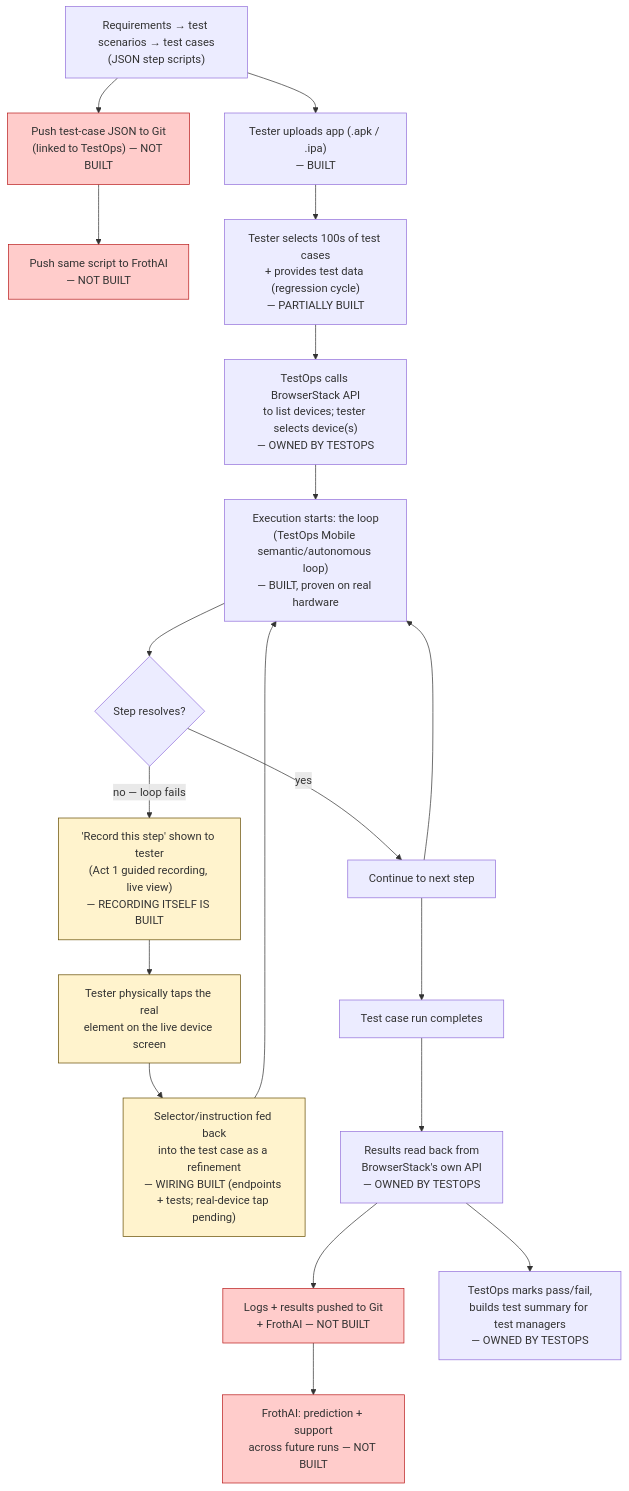
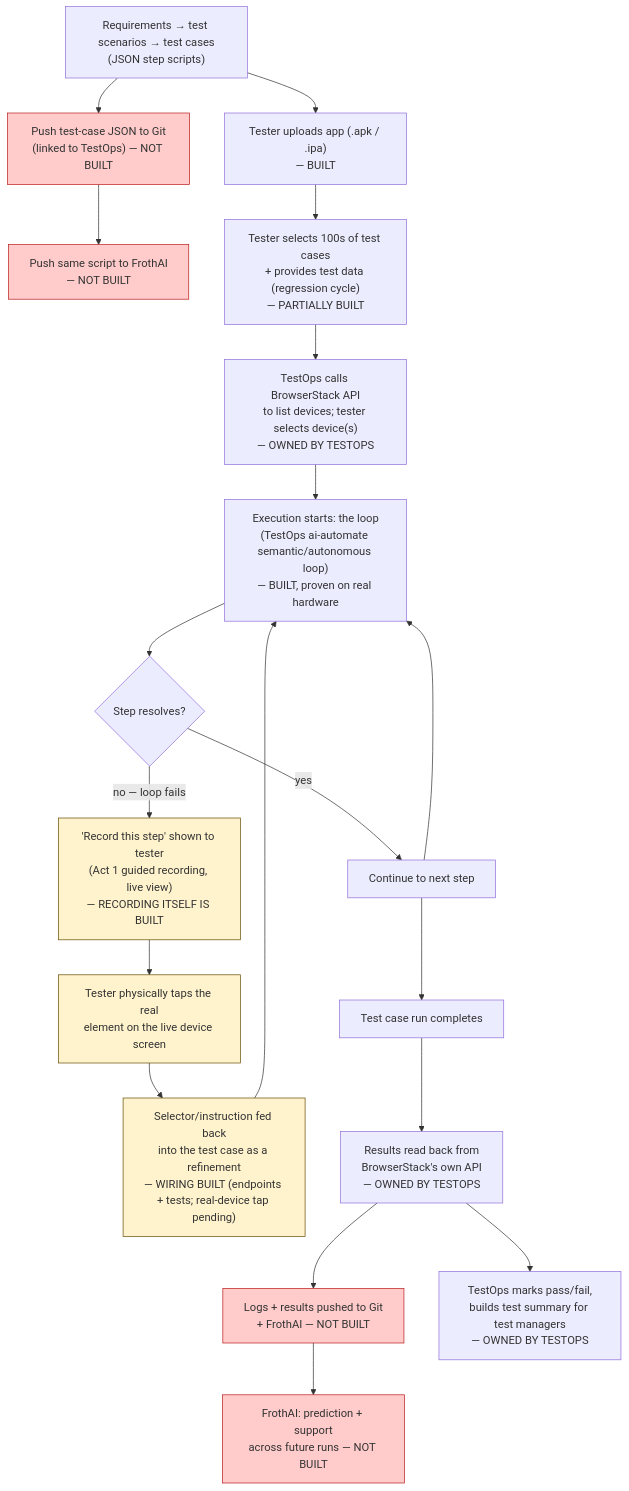
One commit to prabathkumar/phoenix changed the diagram in docs/TESTOPS_WORKFLOW_UX.md. Above: the diagram before and after it, drawn with Mermaid. The commit also changed other lines of this file and 50 other files, not shown here.

First line of the commit message:
Rename product display name: TestOps Mobile -> TestOps ai-automate (prose/titles only; env vars and package names unchanged)

````diff
--- a/docs/TESTOPS_WORKFLOW_UX.md
+++ b/docs/TESTOPS_WORKFLOW_UX.md
@@ -127,29 +127,29 @@
 ```mermaid
 flowchart TD
     A["Requirements → test scenarios → test cases\n(JSON step scripts)"] --> B["Push test-case JSON to Git\n(linked to TestOps) — NOT BUILT"]
     B --> C["Push same script to FrothAI\n— NOT BUILT"]
     A --> D["Tester uploads app (.apk / .ipa)\n— BUILT"]
     D --> E["Tester selects 100s of test cases\n+ provides test data (regression cycle)\n— PARTIALLY BUILT"]
     E --> F["TestOps calls BrowserStack API\nto list devices; tester selects device(s)\n— OWNED BY TESTOPS"]
-    F --> G["Execution starts: the loop\n(TestOps Mobile semantic/autonomous loop)\n— BUILT, proven on real hardware"]
+    F --> G["Execution starts: the loop\n(TestOps ai-automate semantic/autonomous loop)\n— BUILT, proven on real hardware"]
     G --> H{"Step resolves?"}
     H -- "yes" --> I["Continue to next step"]
     I --> G
     H -- "no — loop fails" --> J["'Record this step' shown to tester\n(Act 1 guided recording, live view)\n— RECORDING ITSELF IS BUILT"]
     J --> K["Tester physically taps the real\nelement on the live device screen"]
     K --> L["Selector/instruction fed back\ninto the test case as a refinement\n— WIRING BUILT (endpoints + tests; real-device tap pending)"]
     L --> G
     I --> M["Test case run completes"]
     M --> N["Results read back from\nBrowserStack's own API\n— OWNED BY TESTOPS"]
     N --> O["Logs + results pushed to Git\n+ FrothAI — NOT BUILT"]
     N --> P["TestOps marks pass/fail,\nbuilds test summary for test managers\n— OWNED BY TESTOPS"]
     O --> Q["FrothAI: prediction + support\nacross future runs — NOT BUILT"]
 
     style J fill:#fff3cd,stroke:#664d03
     style K fill:#fff3cd,stroke:#664d03
     style L fill:#fff3cd,stroke:#664d03
     style B fill:#ffcccb,stroke:#b91c1c
     style C fill:#ffcccb,stroke:#b91c1c
     style O fill:#ffcccb,stroke:#b91c1c
     style Q fill:#ffcccb,stroke:#b91c1c
 ```
````
